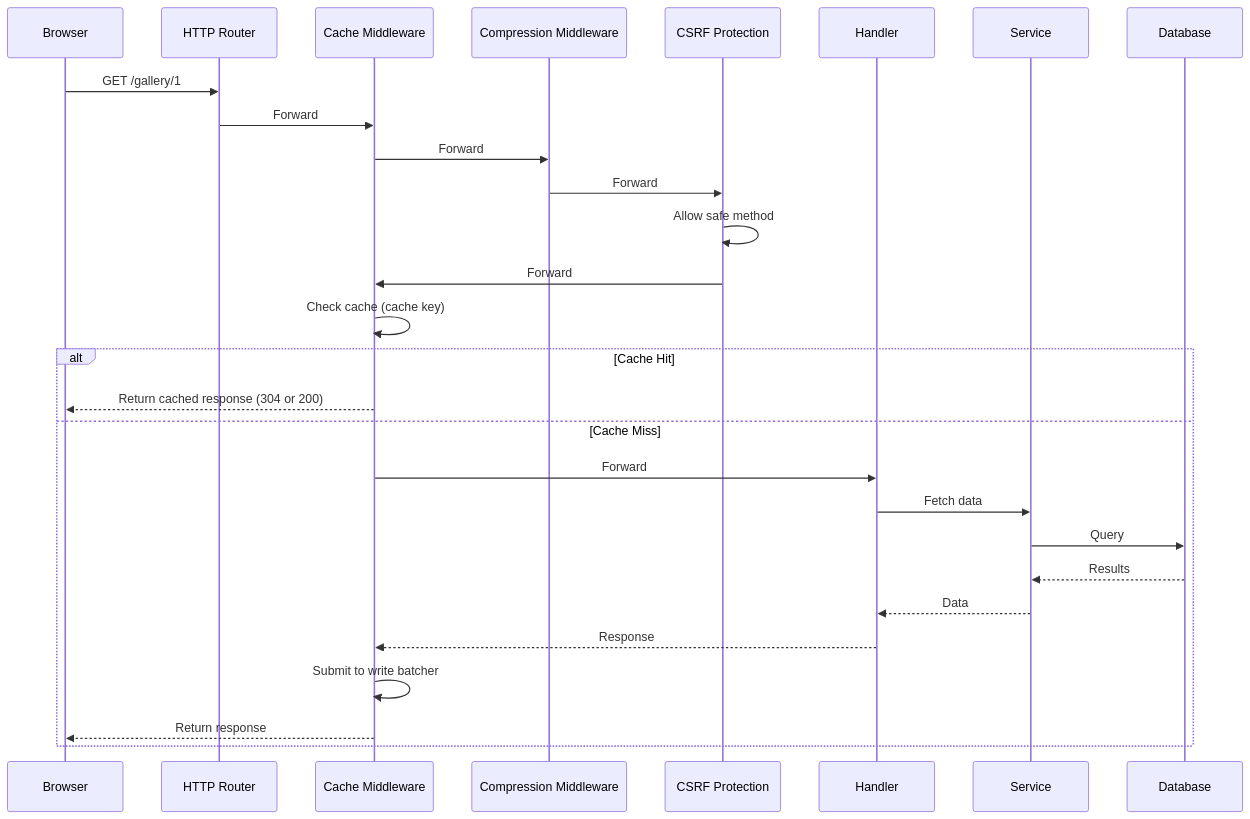
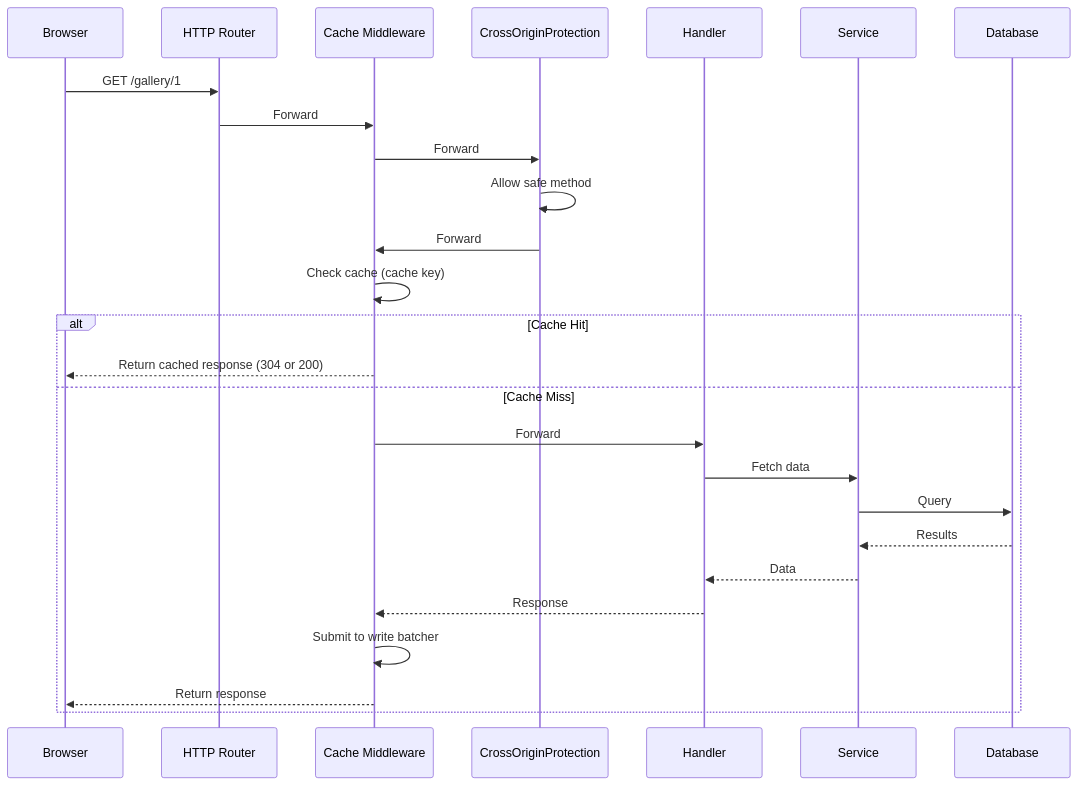
One commit to lbe/sfpg-go changed the second of 9 diagrams in docs/diagrams/ARCHITECTURE_DIAGRAMS.md. Above: the diagram before and after it, drawn with Mermaid. The commit also changed other lines of this file and 247 other files, not shown here.

````diff
--- a/docs/diagrams/ARCHITECTURE_DIAGRAMS.md
+++ b/docs/diagrams/ARCHITECTURE_DIAGRAMS.md
@@ -98,33 +96,31 @@
 ```mermaid
 sequenceDiagram
     participant Client as Browser
     participant Router as HTTP Router
     participant CacheMW as Cache Middleware
-    participant CompressMW as Compression Middleware
-    participant CSRFMW as CSRF Protection
+    participant COPMW as CrossOriginProtection
     participant Handler as Handler
     participant Service as Service
     participant DB as Database
 
     Client->>Router: GET /gallery/1
     Router->>CacheMW: Forward
-    CacheMW->>CompressMW: Forward
-    CompressMW->>CSRFMW: Forward
-    CSRFMW->>CSRFMW: Allow safe method
+    CacheMW->>COPMW: Forward
+    COPMW->>COPMW: Allow safe method
 
-    CSRFMW->>CacheMW: Forward
+    COPMW->>CacheMW: Forward
     CacheMW->>CacheMW: Check cache (cache key)
     alt Cache Hit
         CacheMW-->>Client: Return cached response (304 or 200)
     else Cache Miss
         CacheMW->>Handler: Forward
         Handler->>Service: Fetch data
         Service->>DB: Query
         DB-->>Service: Results
         Service-->>Handler: Data
 
         Handler-->>CacheMW: Response
         CacheMW->>CacheMW: Submit to write batcher
         CacheMW-->>Client: Return response
     end
 ```
````
